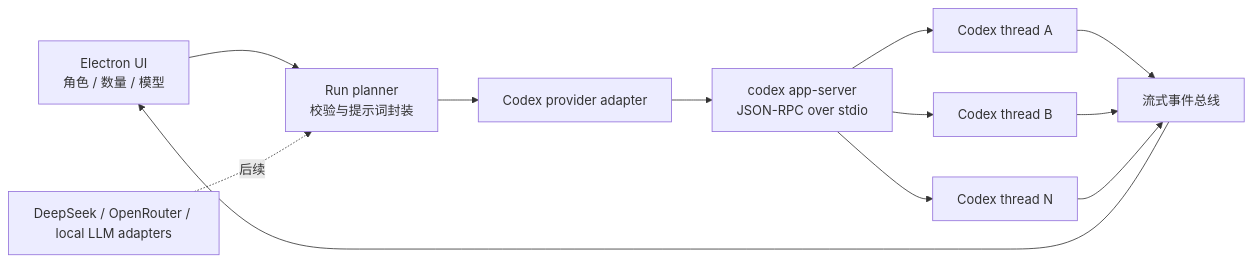
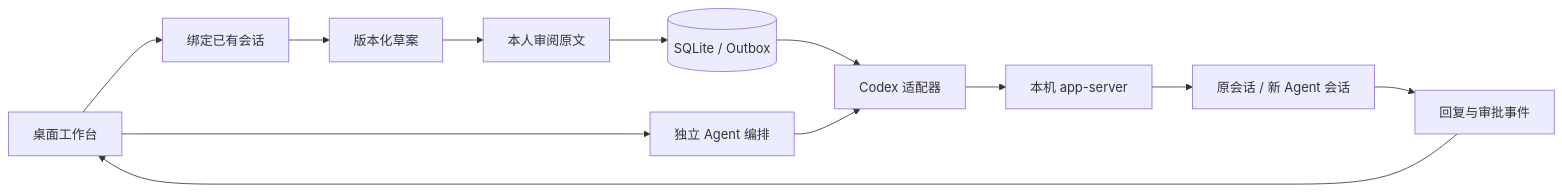
One commit to coisini233333333/massive-agent-desk changed the diagram in README.md. Above: the diagram before and after it, drawn with Mermaid. The commit also changed other lines of this file and 1 other file, not shown here.

````diff
--- a/README.md
+++ b/README.md
@@ -26,14 +86,14 @@
 ```mermaid
 flowchart LR
-    UI["Electron UI\n角色 / 数量 / 模型"] --> PLAN["Run planner\n校验与提示词封装"]
-    PLAN --> ADAPTER["Codex provider adapter"]
-    ADAPTER --> SERVER["codex app-server\nJSON-RPC over stdio"]
-    SERVER --> A1["Codex thread A"]
-    SERVER --> A2["Codex thread B"]
-    SERVER --> AN["Codex thread N"]
-    A1 --> EVENTS["流式事件总线"]
-    A2 --> EVENTS
-    AN --> EVENTS
+    UI[桌面工作台] --> BIND[绑定已有会话]
+    BIND --> DRAFT[版本化草案]
+    DRAFT --> REVIEW[本人审阅原文]
+    REVIEW --> DB[(SQLite / Outbox)]
+    DB --> ADAPTER[Codex 适配器]
+    ADAPTER --> SERVER[本机 app-server]
+    SERVER --> THREAD[原会话 / 新 Agent 会话]
+    THREAD --> EVENTS[回复与审批事件]
     EVENTS --> UI
-    FUTURE["DeepSeek / OpenRouter / local LLM adapters"] -. "后续" .-> PLAN
+    UI --> PLAN[独立 Agent 编排]
+    PLAN --> ADAPTER
 ```
````
